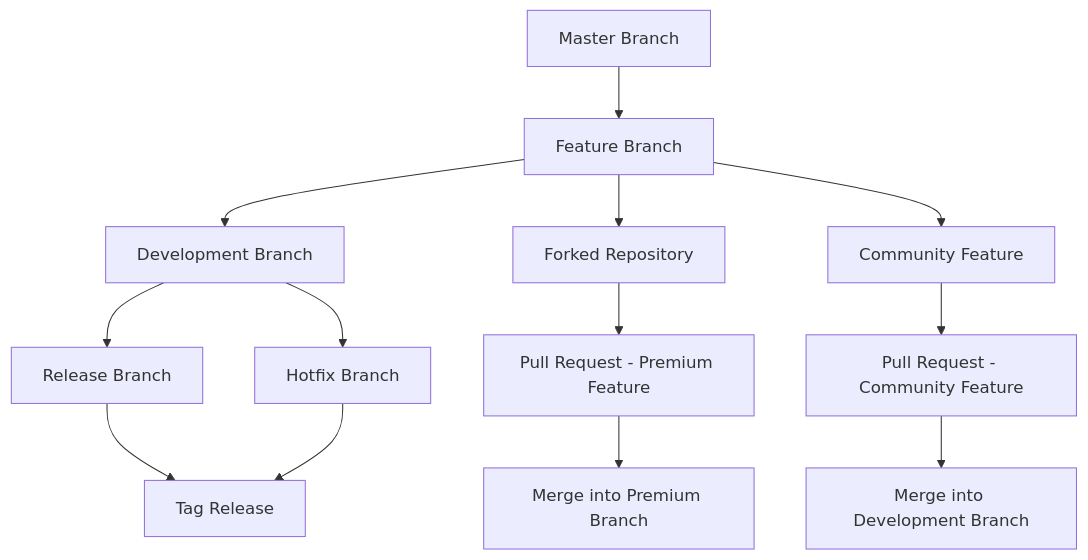
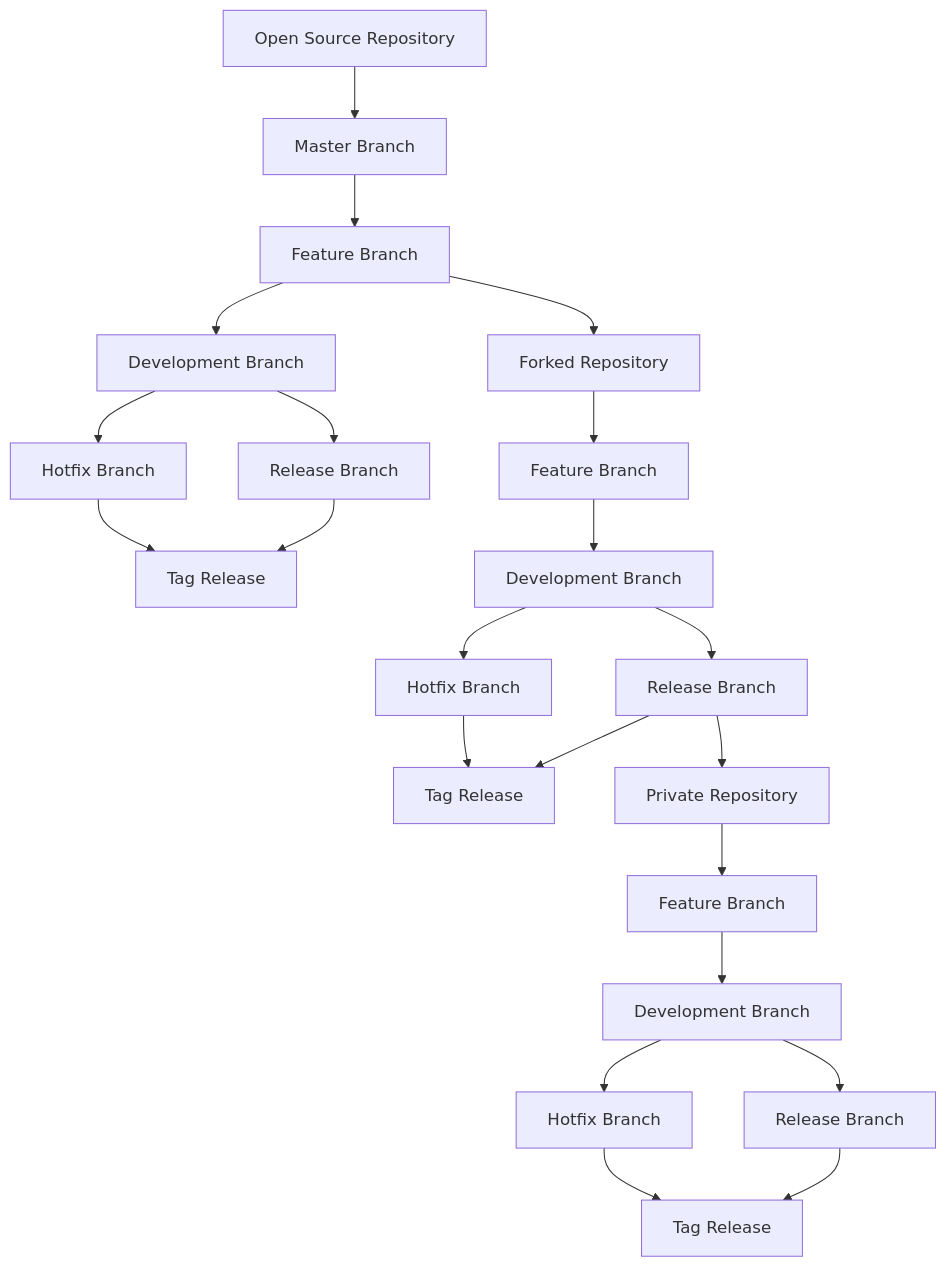
The diagram in rfcs/packaging-changes.md (sumesh-aot/forms-flow-ai-rfcs), drawn with Mermaid before and after one commit.

````diff
--- a/rfcs/packaging-changes.md
+++ b/rfcs/packaging-changes.md
@@ -14,16 +14,25 @@
 ```mermaid
 graph TD
-  A[Master Branch] --> B[Feature Branch]
-  B --> C[Development Branch]
-  C --> D[Release Branch]
-  C --> E[Hotfix Branch]
-  D --> F[Tag Release]
-  E --> F
-  B --> G[Forked Repository]
-  G --> H[Pull Request - Premium Feature]
-  H --> I[Merge into Premium Branch]
-  B --> J[Community Feature]
-  J --> K[Pull Request - Community Feature]
-  K --> L[Merge into Development Branch]
+  A[Open Source Repository] --> B[Master Branch]
+  B --> C[Feature Branch]
+  C --> D[Development Branch]
+  D --> E[Release Branch]
+  D --> F[Hotfix Branch]
+  E --> G[Tag Release]
+  F --> G
+  C --> H[Forked Repository]
+  H --> I[Feature Branch]
+  I --> J[Development Branch]
+  J --> K[Release Branch]
+  J --> L[Hotfix Branch]
+  K --> M[Tag Release]
+  L --> M
+  K --> N[Private Repository]
+  N --> O[Feature Branch]
+  O --> P[Development Branch]
+  P --> Q[Release Branch]
+  P --> R[Hotfix Branch]
+  Q --> S[Tag Release]
+  R --> S
 
 ```
````
